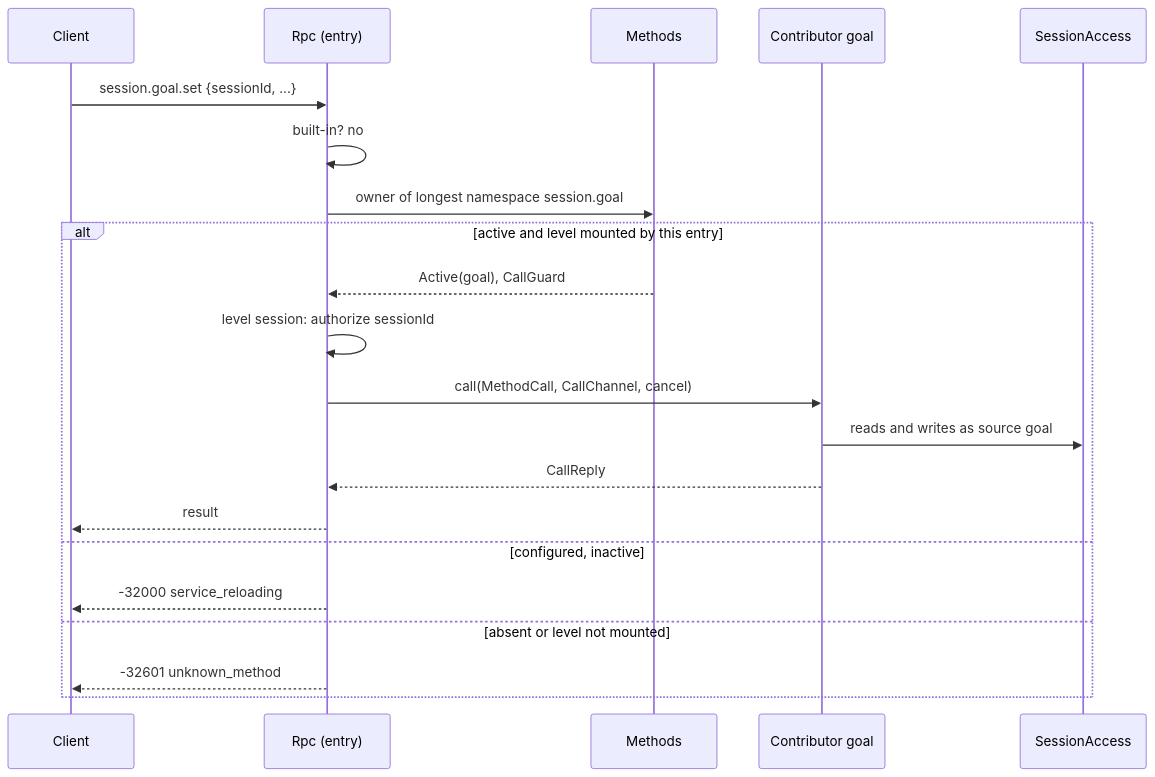
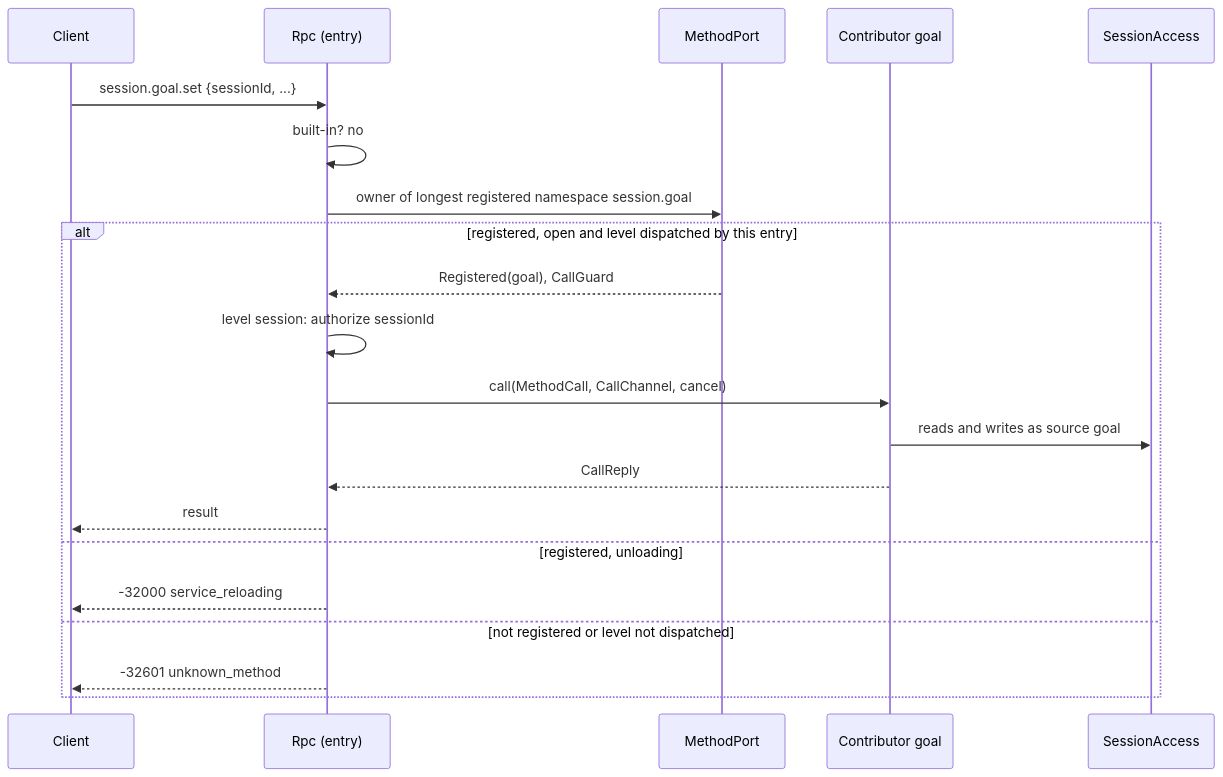
Before and after one commit to CoutinhoTTS/dim-agent: the third of 5 diagrams in docs/design/contracts/session-boundary.md, drawn with Mermaid. The commit also changed other lines of this file and 4 other files, not shown here.

````diff
--- a/docs/design/contracts/session-boundary.md
+++ b/docs/design/contracts/session-boundary.md
@@ -70,23 +72,23 @@
 ```mermaid
 sequenceDiagram
   participant CL as Client
   participant Rpc as Rpc (entry)
-  participant R as Methods
+  participant P as MethodPort
   participant G as Contributor goal
   participant SA as SessionAccess
   CL->>Rpc: session.goal.set {sessionId, ...}
   Rpc->>Rpc: built-in? no
-  Rpc->>R: owner of longest namespace session.goal
-  alt active and level mounted by this entry
-    R-->>Rpc: Active(goal), CallGuard
+  Rpc->>P: owner of longest registered namespace session.goal
+  alt registered, open and level dispatched by this entry
+    P-->>Rpc: Registered(goal), CallGuard
     Rpc->>Rpc: level session: authorize sessionId
     Rpc->>G: call(MethodCall, CallChannel, cancel)
     G->>SA: reads and writes as source goal
     G-->>Rpc: CallReply
     Rpc-->>CL: result
-  else configured, inactive
+  else registered, unloading
     Rpc-->>CL: -32000 service_reloading
-  else absent or level not mounted
+  else not registered or level not dispatched
     Rpc-->>CL: -32601 unknown_method
   end
 ```
````
